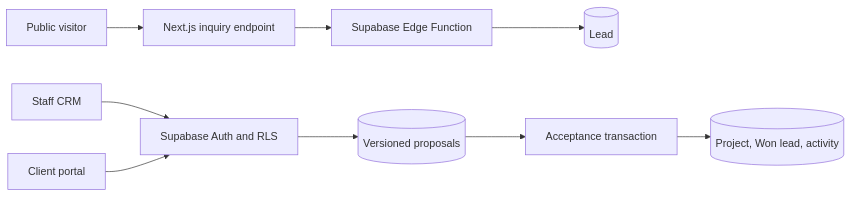
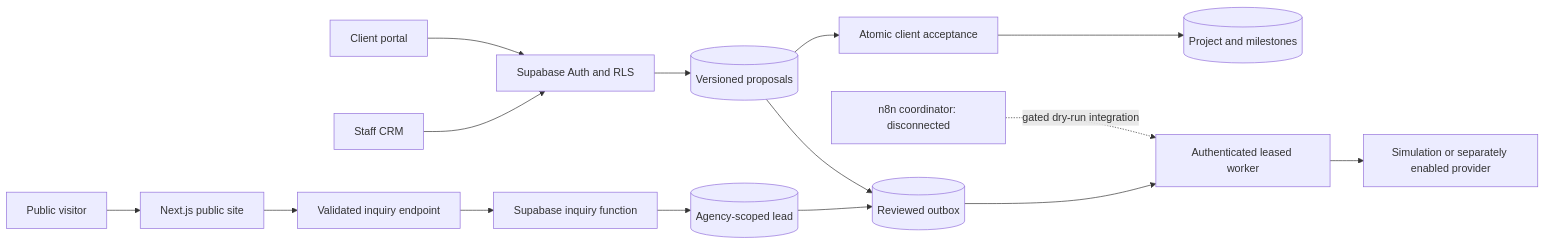
Before and after one commit to JustinAlvaran/agencydesk: the diagram in README.md, drawn with Mermaid. The commit also changed other lines of this file, not shown here.

Commit message:
Refresh AgencyDesk setup and feature documentation

````diff
--- a/README.md
+++ b/README.md
@@ -19,11 +43,17 @@
 ```mermaid
 flowchart LR
-  Visitor[Public visitor] --> Inquiry[Next.js inquiry endpoint]
-  Inquiry --> Edge[Supabase Edge Function]
-  Edge --> Lead[(Lead)]
-  Staff[Staff CRM] --> RLS[Supabase Auth and RLS]
-  Client[Client portal] --> RLS
-  RLS --> Proposal[(Versioned proposals)]
-  Proposal --> Accept[Acceptance transaction]
-  Accept --> Result[(Project, Won lead, activity)]
+  Visitor[Public visitor] --> Website[Next.js public site]
+  Website --> Inquiry[Validated inquiry endpoint]
+  Inquiry --> Edge[Supabase inquiry function]
+  Edge --> Lead[(Agency-scoped lead)]
+  Staff[Staff CRM] --> Auth[Supabase Auth and RLS]
+  Client[Client portal] --> Auth
+  Auth --> Proposal[(Versioned proposals)]
+  Proposal --> Accept[Atomic client acceptance]
+  Accept --> Project[(Project and milestones)]
+  Lead --> Queue[(Reviewed outbox)]
+  Proposal --> Queue
+  Queue --> Worker[Authenticated leased worker]
+  Worker --> Result[Simulation or separately enabled provider]
+  Coordinator[n8n coordinator: disconnected] -. gated dry-run integration .-> Worker
 ```
````
